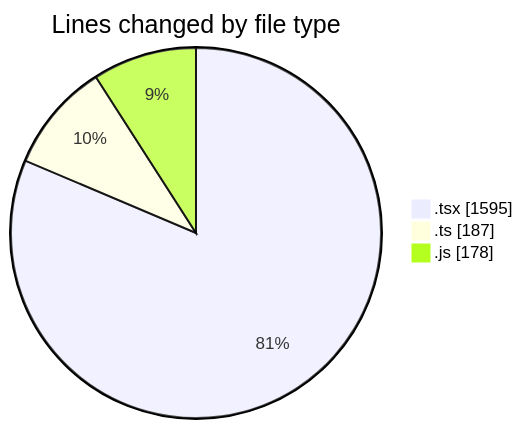
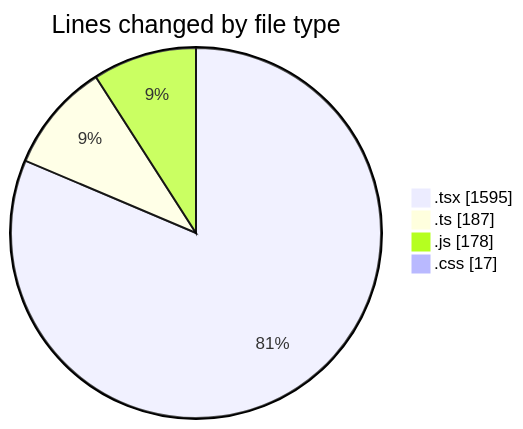
The first of 2 diagrams in 2025-02-03/mbc-web/README.md (robertbonfada/code-tracking), drawn with Mermaid before and after one commit. The commit also changed other lines of this file and 1 other file, not shown here.

````diff
--- a/2025-02-03/mbc-web/README.md
+++ b/2025-02-03/mbc-web/README.md
@@ -28,7 +29,8 @@
 ```mermaid
 pie showData
 title Lines changed by file type
 ".tsx" : 1595
 ".ts" : 187
 ".js" : 178
+".css" : 17
 ```
````
